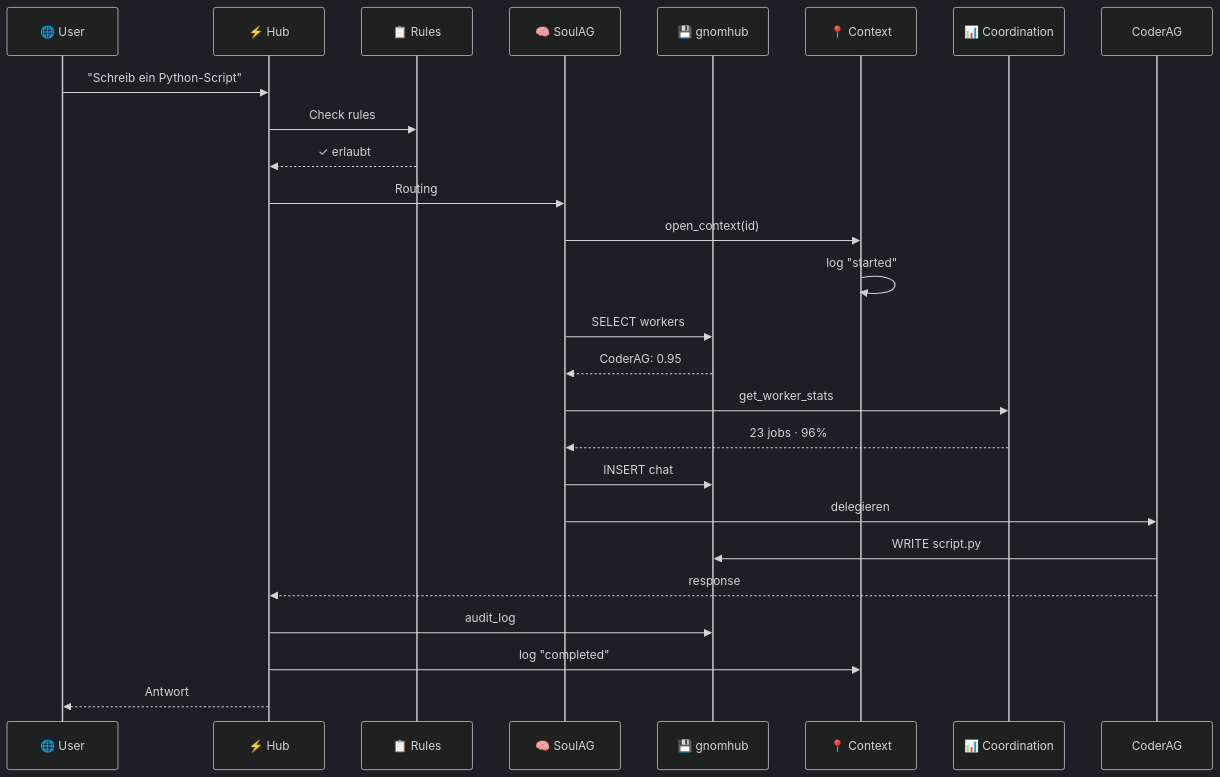
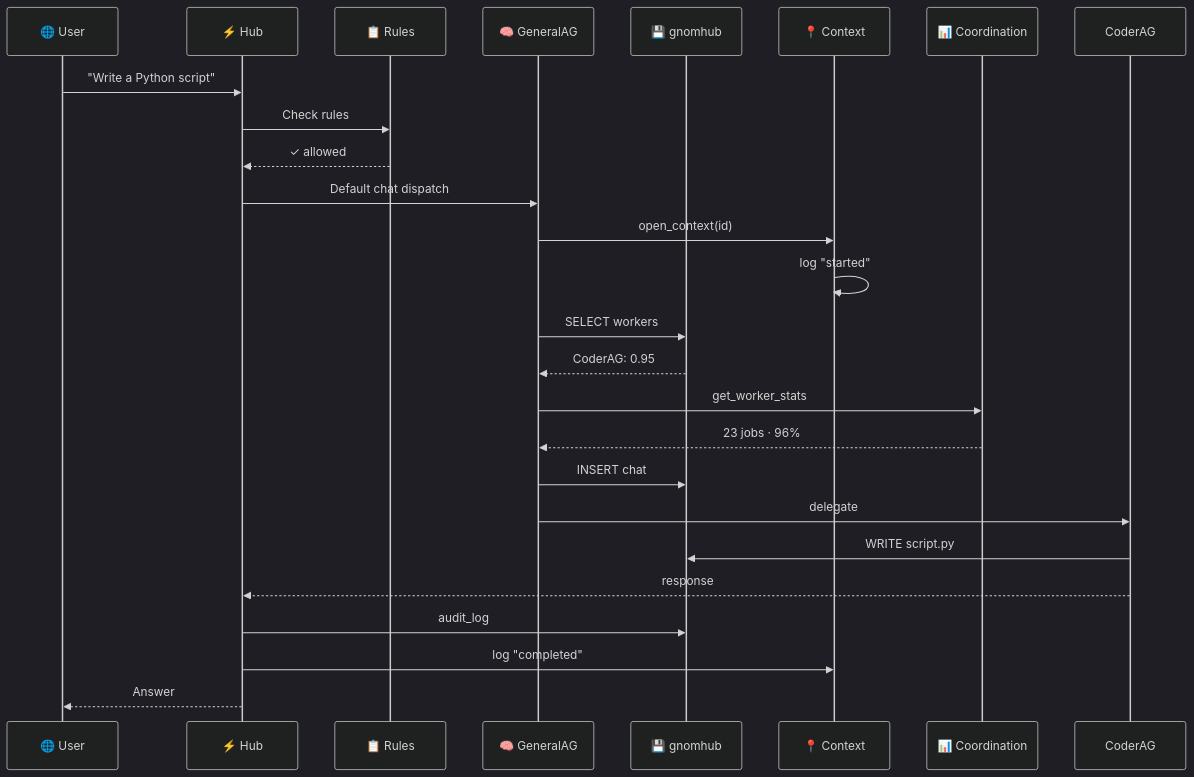
One commit to landjunge/gnom-hub changed the third of 4 diagrams in README.md. Above: the diagram before and after it, drawn with Mermaid (dark theme). The commit also changed other lines of this file and 2 other files, not shown here.

````diff
--- a/README.md
+++ b/README.md
@@ -345,28 +365,28 @@
 ```mermaid
 sequenceDiagram
     participant U as 🌐 User
     participant H as ⚡ Hub
     participant R as 📋 Rules
-    participant S as 🧠 SoulAG
+    participant G as 🧠 GeneralAG
     participant M as 💾 gnomhub
     participant C as 📍 Context
     participant L as 📊 Coordination
 
-    U->>H: "Schreib ein Python-Script"
+    U->>H: "Write a Python script"
     H->>R: Check rules
-    R-->>H: ✓ erlaubt
-    H->>S: Routing
-    S->>C: open_context(id)
+    R-->>H: ✓ allowed
+    H->>G: Default chat dispatch
+    G->>C: open_context(id)
     C->>C: log "started"
-    S->>M: SELECT workers
-    M-->>S: CoderAG: 0.95
-    S->>L: get_worker_stats
-    L-->>S: 23 jobs · 96%
-    S->>M: INSERT chat
-    S->>CoderAG: delegieren
+    G->>M: SELECT workers
+    M-->>G: CoderAG: 0.95
+    G->>L: get_worker_stats
+    L-->>G: 23 jobs · 96%
+    G->>M: INSERT chat
+    G->>CoderAG: delegate
     CoderAG->>M: WRITE script.py
     CoderAG-->>H: response
     H->>M: audit_log
     H->>C: log "completed"
-    H-->>U: Antwort
+    H-->>U: Answer
 ```
````
